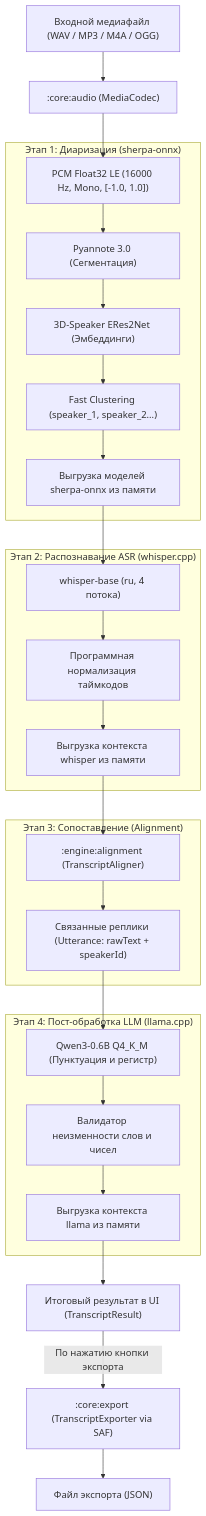
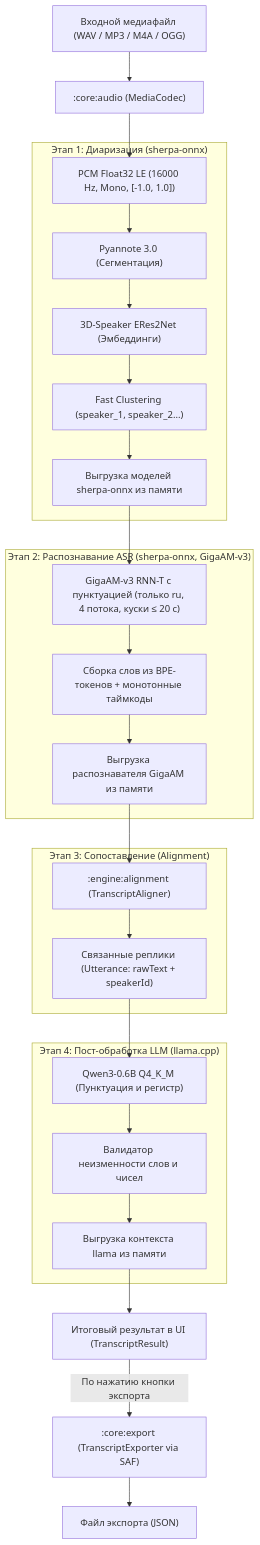
The first of 3 diagrams in docs/ARCHITECTURE.md (ikeepthatjuice/hackaton_mifi_sokolovklum), drawn with Mermaid before and after one commit. The commit also changed other lines of this file, not shown here.

Commit message:
docs(back): ARCHITECTURE — GigaAM-v3 ASR (ru only), whisper removed, current diarization params

````diff
--- a/docs/ARCHITECTURE.md
+++ b/docs/ARCHITECTURE.md
@@ -11,33 +11,33 @@
 ```mermaid
 flowchart TD
     A["Входной медиафайл (WAV / MP3 / M4A / OGG)"] --> B[":core:audio (MediaCodec)"]
     B --> C["PCM Float32 LE (16000 Hz, Mono, [-1.0, 1.0])"]
     
     subgraph Stage1 ["Этап 1: Диаризация (sherpa-onnx)"]
         C --> D["Pyannote 3.0 (Сегментация)"]
         D --> E["3D-Speaker ERes2Net (Эмбеддинги)"]
         E --> F["Fast Clustering (speaker_1, speaker_2...)"]
         F --> G["Выгрузка моделей sherpa-onnx из памяти"]
     end
     
-    subgraph Stage2 ["Этап 2: Распознавание ASR (whisper.cpp)"]
-        G --> H["whisper-base (ru, 4 потока)"]
-        H --> I["Программная нормализация таймкодов"]
-        I --> J["Выгрузка контекста whisper из памяти"]
+    subgraph Stage2 ["Этап 2: Распознавание ASR (sherpa-onnx, GigaAM-v3)"]
+        G --> H["GigaAM-v3 RNN-T с пунктуацией (только ru, 4 потока, куски ≤ 20 с)"]
+        H --> I["Сборка слов из BPE-токенов + монотонные таймкоды"]
+        I --> J["Выгрузка распознавателя GigaAM из памяти"]
     end
     
     subgraph Stage3 ["Этап 3: Сопоставление (Alignment)"]
         J --> K[":engine:alignment (TranscriptAligner)"]
         K --> L["Связанные реплики (Utterance: rawText + speakerId)"]
     end
     
     subgraph Stage4 ["Этап 4: Пост-обработка LLM (llama.cpp)"]
         L --> M["Qwen3-0.6B Q4_K_M (Пунктуация и регистр)"]
         M --> N["Валидатор неизменности слов и чисел"]
         N --> O["Выгрузка контекста llama из памяти"]
     end
     
     O --> P["Итоговый результат в UI (TranscriptResult)"]
     P -->|По нажатию кнопки экспорта| Q[":core:export (TranscriptExporter via SAF)"]
     Q --> R["Файл экспорта (JSON)"]
 ```
````
